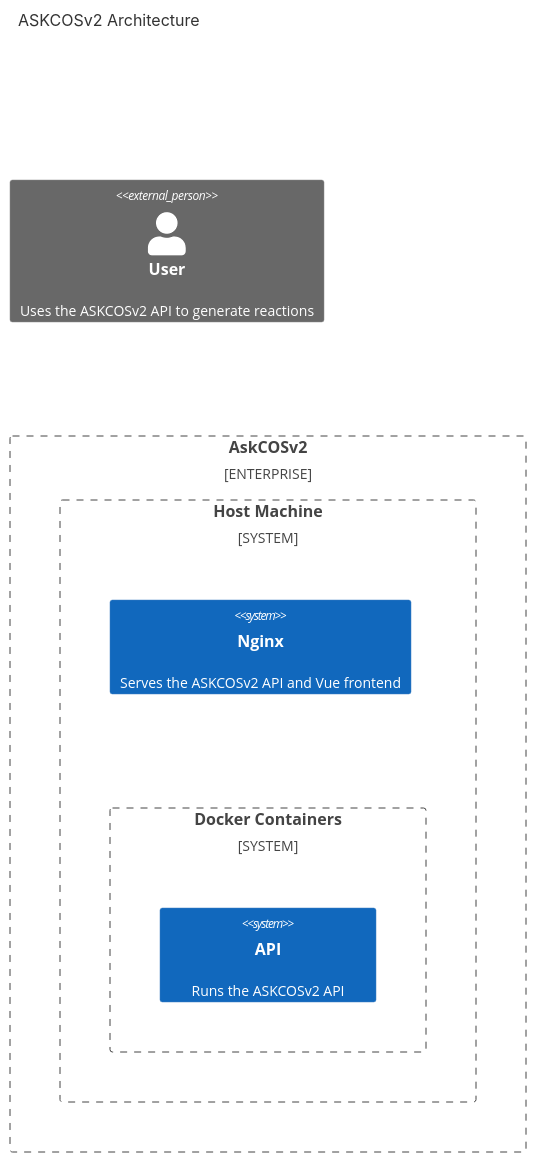
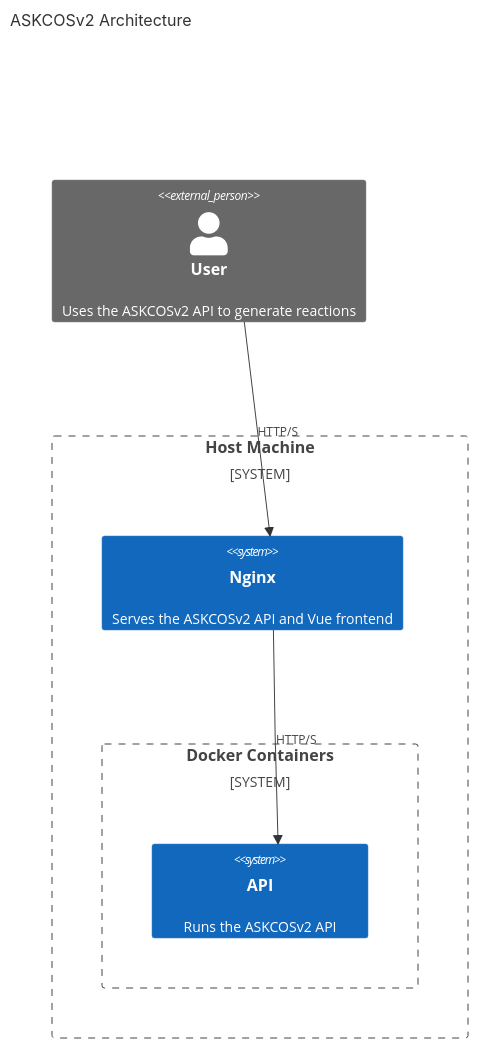
The diagram in docs/architecture.md (SethCurry/askcos2_core), drawn with Mermaid before and after one commit.

Commit message:
Updating architecture diagram

````diff
--- a/docs/architecture.md
+++ b/docs/architecture.md
@@ -3,16 +3,17 @@
 ```mermaid
 C4Context
 
 title ASKCOSv2 Architecture
 
 Person_Ext(user, "User", "Uses the ASKCOSv2 API to generate reactions")
 
-Enterprise_Boundary(b0, "AskCOSv2") {
-    System_Boundary(host, "Host Machine") {
-        System(nginx, "Nginx", "Serves the ASKCOSv2 API and Vue frontend")
-        System_Boundary(docker, "Docker Containers") {
-            System(api, "API", "Runs the ASKCOSv2 API")
-        }
+System_Boundary(host, "Host Machine") {
+    System(nginx, "Nginx", "Serves the ASKCOSv2 API and Vue frontend")
+    System_Boundary(docker, "Docker Containers") {
+        System(api, "API", "Runs the ASKCOSv2 API")
     }
 }
+
+Rel(user, nginx, "HTTP/S")
+Rel(nginx, api, "HTTP/S")
 ```
````
